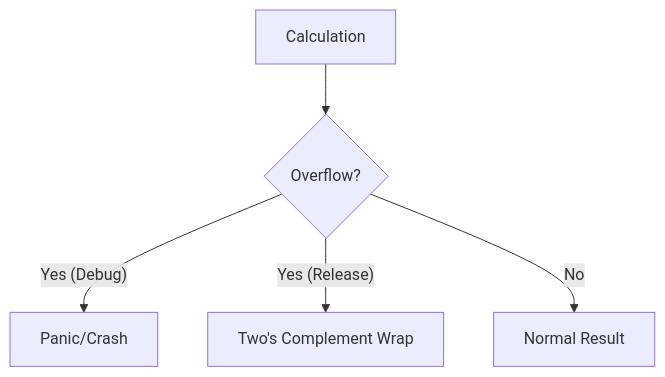
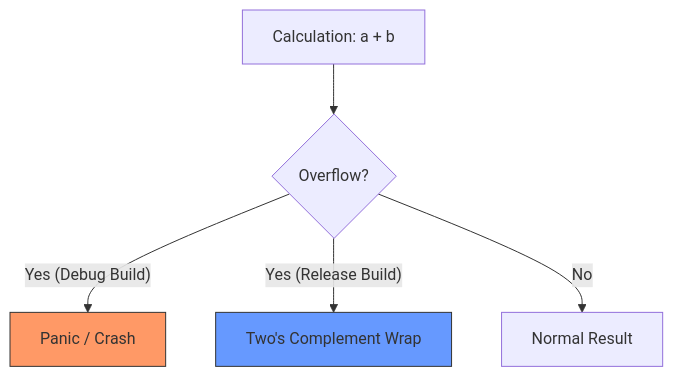
One commit to surya5954/learning-rust changed the second of 3 diagrams in rust_type_and_values.md. Above: the diagram before and after it, drawn with Mermaid. The commit also changed other lines of this file, not shown here.

First line of the commit message:
Enhance Rust overflow handling documentation

````diff
--- a/rust_type_and_values.md
+++ b/rust_type_and_values.md
@@ -92,7 +104,10 @@
 ```mermaid
 graph TD
-    A[Calculation] --> B{Overflow?}
-    B -- Yes (Debug) --> C[Panic/Crash]
-    B -- Yes (Release) --> D[Two's Complement Wrap]
+    A[Calculation: a + b] --> B{Overflow?}
+    B -- Yes (Debug Build) --> C[Panic / Crash]
+    B -- Yes (Release Build) --> D[Two's Complement Wrap]
     B -- No --> E[Normal Result]
+    
+    style C fill:#f96,stroke:#333
+    style D fill:#69f,stroke:#333
 ```
````
